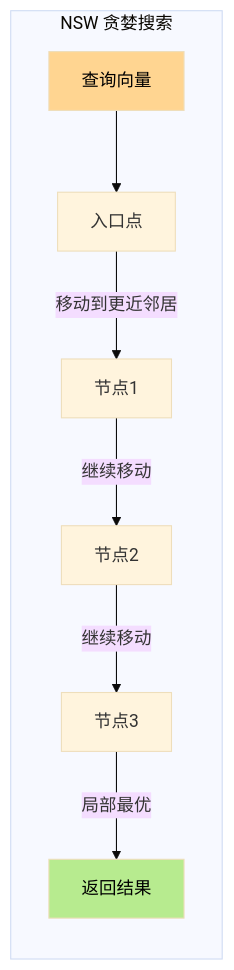
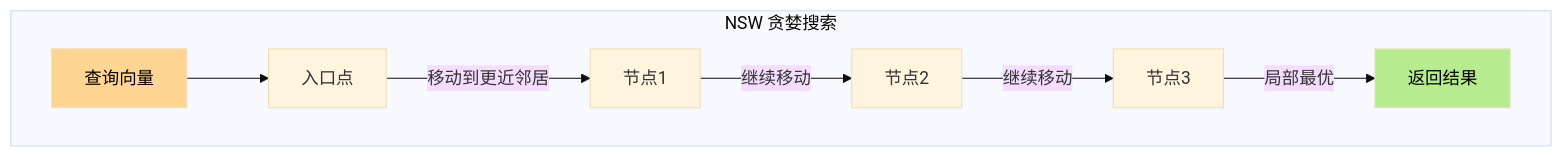
The eighth of 38 diagrams in docs/research/003-vector-search-algorithm.md (ThreeFish-AI/agentic-ai-cognizes), drawn with Mermaid (base theme) before and after one commit. The commit also changed other lines of this file, not shown here.

````diff
--- a/docs/research/003-vector-search-algorithm.md
+++ b/docs/research/003-vector-search-algorithm.md
@@ -629,13 +636,14 @@
 ```mermaid
 graph LR
     subgraph "NSW 贪婪搜索"
+        direction LR
         Q[查询向量] --> E[入口点]
         E --> |"移动到更近邻居"| N1[节点1]
         N1 --> |"继续移动"| N2[节点2]
         N2 --> |"继续移动"| N3[节点3]
         N3 --> |"局部最优"| R[返回结果]
     end
 
     style Q fill:#ffd591,color:#000000
     style R fill:#b7eb8f,color:#000000
 ```
````
